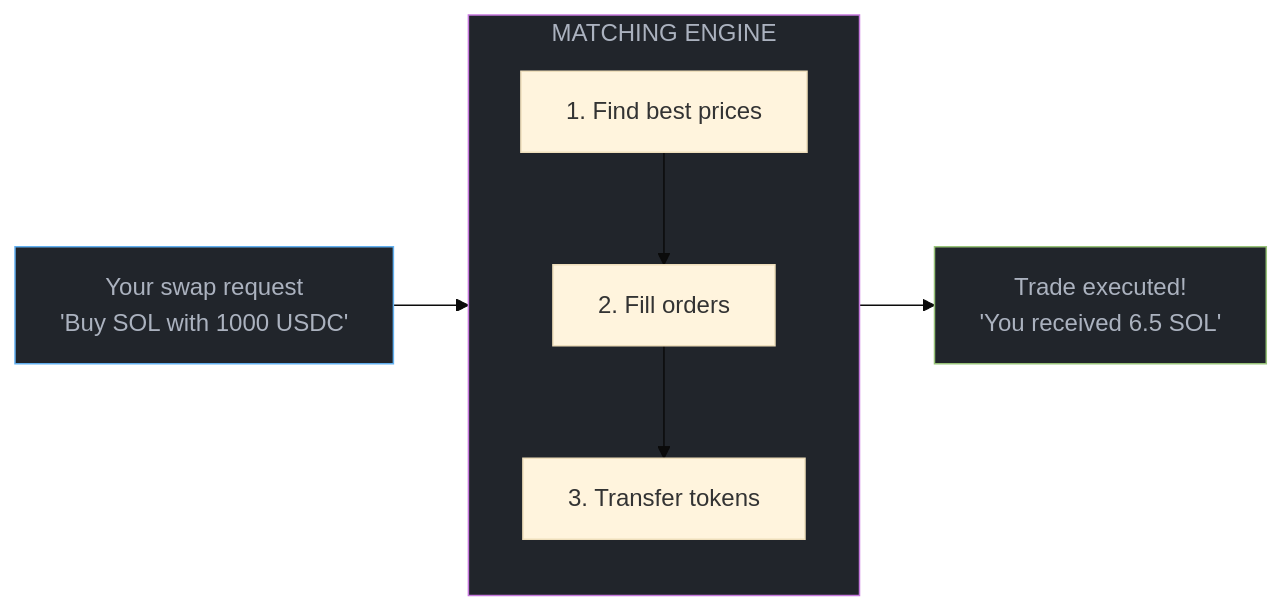
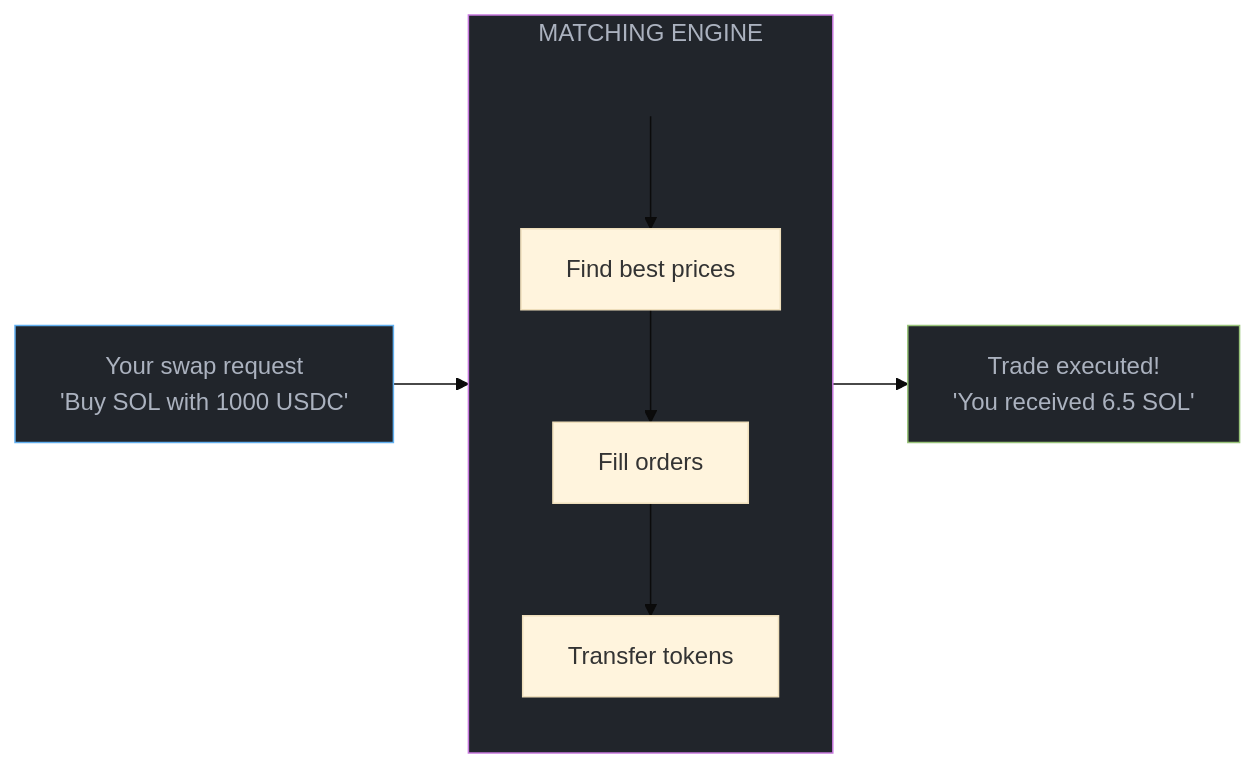
One commit to mgild/mintlify-docs changed the first of 3 diagrams in concepts/matching-engine.mdx. Above: the diagram before and after it, drawn with Mermaid (base theme). The commit also changed other lines of this file and 19 other files, not shown here.

````diff
--- a/concepts/matching-engine.mdx
+++ b/concepts/matching-engine.mdx
@@ -18,18 +18,20 @@
 ```mermaid
 
 flowchart LR
     Input["Your swap request<br/>'Buy SOL with 1000 USDC'"] --> Engine
 
     subgraph Engine["MATCHING ENGINE"]
-        E1["1. Find best prices"]
-        E2["2. Fill orders"]
-        E3["3. Transfer tokens"]
-        E1 --> E2 --> E3
+        EngineSpacer[ ]
+        E1["Find best prices"]
+        E2["Fill orders"]
+        E3["Transfer tokens"]
+        EngineSpacer --> E1 --> E2 --> E3
     end
 
     Engine --> Output["Trade executed!<br/>'You received 6.5 SOL'"]
 
+    style EngineSpacer fill:transparent,stroke:transparent,color:transparent
     style Input fill:#21252b,stroke:#61afef,color:#abb2bf
     style Output fill:#21252b,stroke:#98c379,color:#abb2bf
     style Engine fill:#21252b,stroke:#c678dd,color:#abb2bf
 ```
````
